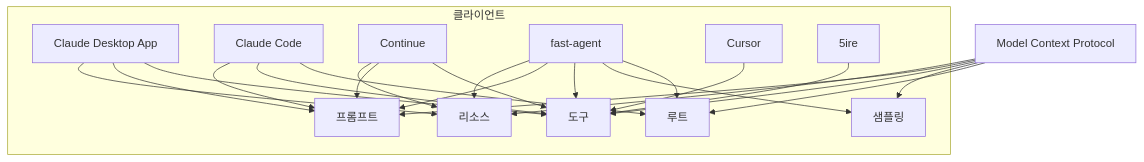
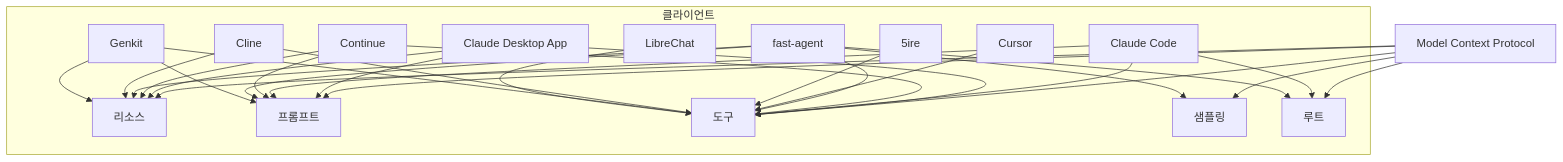
The third of 4 diagrams in docs/summary.md (kenokim/ai-tutor-mcp), drawn with Mermaid before and after one commit. The commit also changed other lines of this file and 1 other file, not shown here.

````diff
--- a/docs/summary.md
+++ b/docs/summary.md
@@ -71,31 +217,37 @@
 ```mermaid
 graph TD
     MCP[Model Context Protocol] --> Resources[리소스]
     MCP --> Prompts[프롬프트]
     MCP --> Tools[도구]
     MCP --> Sampling[샘플링]
     MCP --> Roots[루트]
     
     subgraph 클라이언트
     A[Claude Desktop App] --> Resources
     A --> Prompts
     A --> Tools
     
     B[Claude Code] --> Prompts
     B --> Tools
     B --> Roots
     
     C[Continue] --> Resources
     C --> Prompts
     C --> Tools
     
     D[fast-agent] --> Resources
     D --> Prompts
     D --> Tools
     D --> Sampling
     D --> Roots
     
     E[Cursor] --> Tools
     F[5ire] --> Tools
+    G[Cline] --> Resources
+    G --> Tools
+    H[Genkit] --> Resources
+    H --> Prompts
+    H --> Tools
+    I[LibreChat] --> Tools
     end
 ```
````
